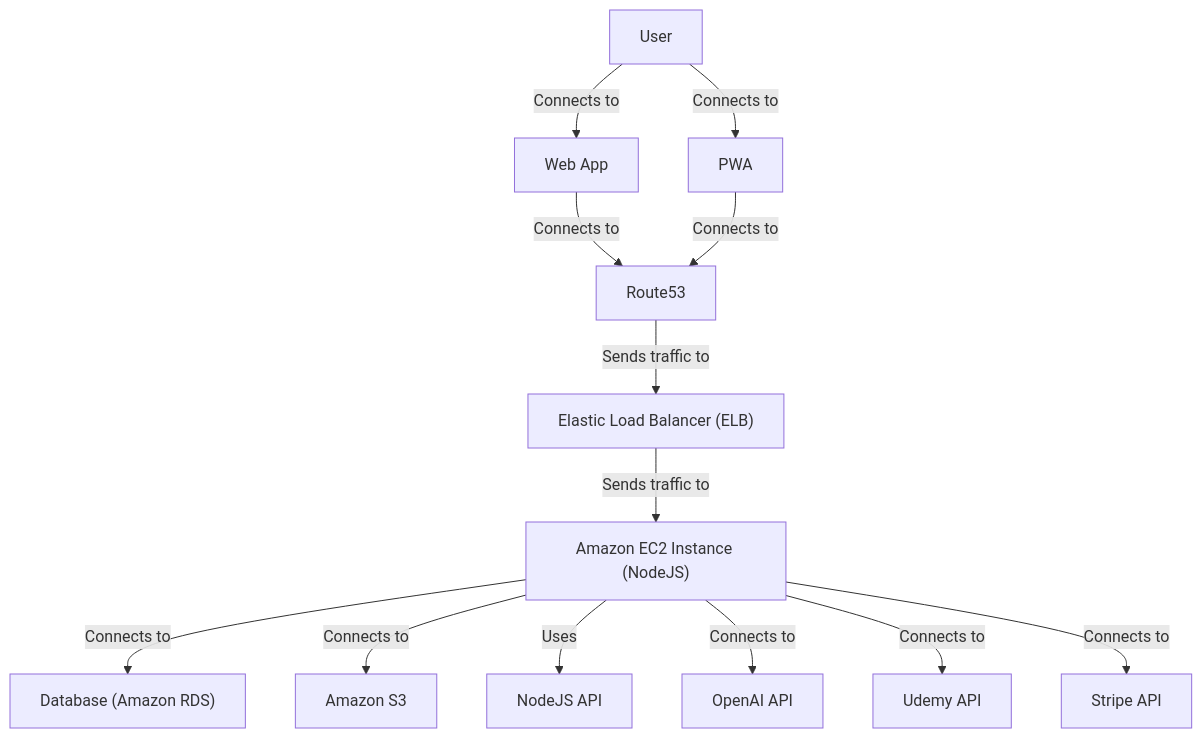
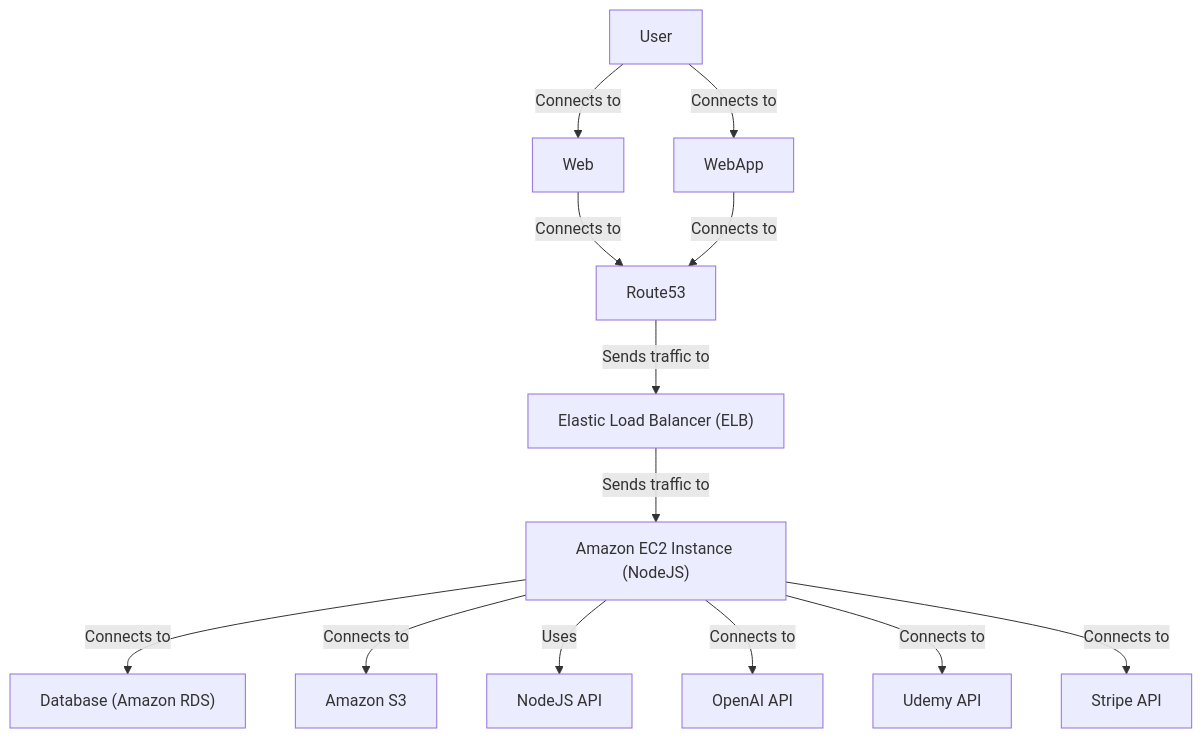
The second of 2 diagrams in readme.md (BinaryStudioAcademy/bsa-winter-2023-2024-trackmates), drawn with Mermaid before and after one commit.

Commit message:
docs: * webapp name in app schema tm-213

````diff
--- a/readme.md
+++ b/readme.md
@@ -254,35 +254,35 @@
 ```mermaid
 
 graph TD
 
    User
 
-   WebApp["Web App"]
-   PWA
+   Web["Web"]
+   WebApp
 
    Route53
 
    ELB["Elastic Load Balancer (ELB)"]
 
    EC2["Amazon EC2 Instance (NodeJS)"]
 
    DB["Database (Amazon RDS)"]
    S3["Amazon S3"]
    NodeJS["NodeJS API"]
    OpenAI["OpenAI API"]
    Udemy["Udemy API"]
    Stripe["Stripe API"]
 
+   User -->|Connects to| Web
    User -->|Connects to| WebApp
-   User -->|Connects to| PWA
+   Web -->|Connects to| Route53
    WebApp -->|Connects to| Route53
-   PWA -->|Connects to| Route53
    Route53 -->|Sends traffic to| ELB
    ELB -->|Sends traffic to| EC2
    EC2 -->|Connects to| DB
    EC2 -->|Connects to| S3
    EC2 -->|Uses| NodeJS
    EC2 -->|Connects to| OpenAI
    EC2 -->|Connects to| Udemy
    EC2 -->|Connects to| Stripe
 ```
````
